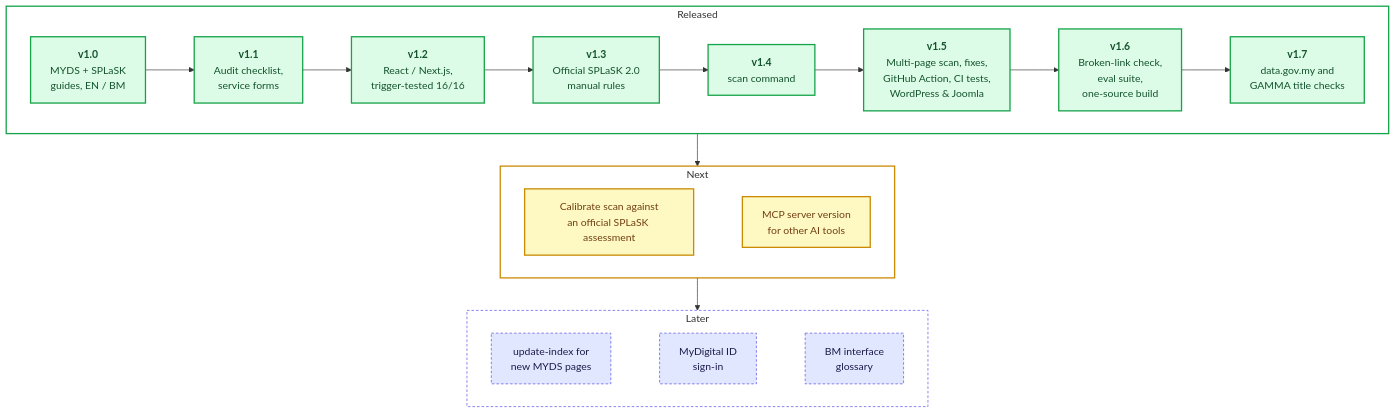
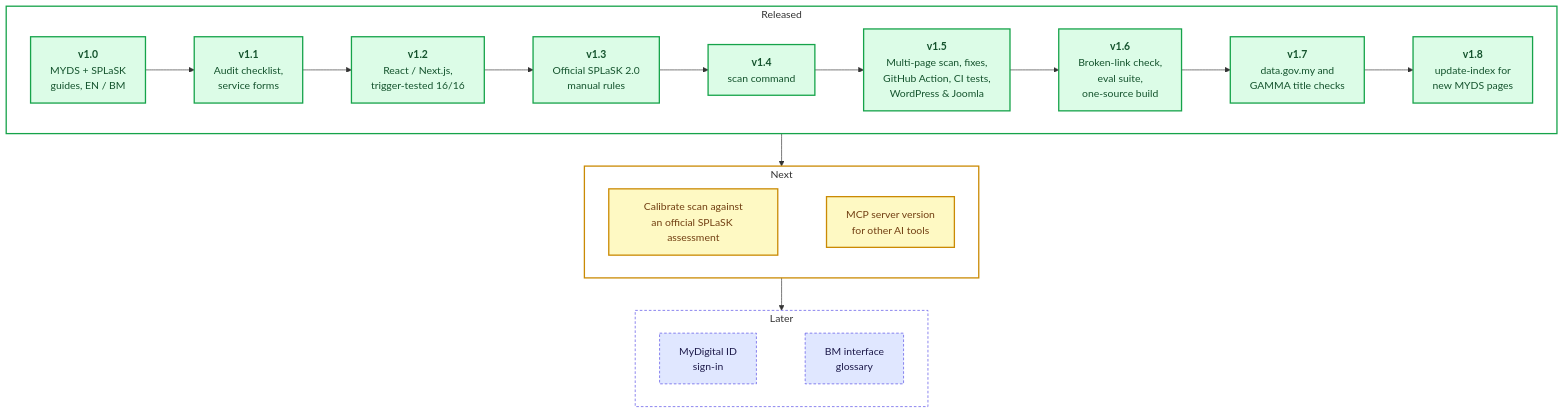
The second of 2 diagrams in README.md (DexComm69/malaysia-gov-web-guidance), drawn with Mermaid before and after one commit. The commit also changed other lines of this file and 9 other files, not shown here.

Commit message:
v1.8.0: update-index command and weekly MYDS index check

````diff
--- a/README.md
+++ b/README.md
@@ -334,42 +335,42 @@
 ```mermaid
 flowchart TB
     subgraph shipped ["Released"]
         direction LR
         v10["<b>v1.0</b><br/>MYDS + SPLaSK<br/>guides, EN / BM"]
         v11["<b>v1.1</b><br/>Audit checklist,<br/>service forms"]
         v12["<b>v1.2</b><br/>React / Next.js,<br/>trigger-tested 16/16"]
         v13["<b>v1.3</b><br/>Official SPLaSK 2.0<br/>manual rules"]
         v14["<b>v1.4</b><br/>scan command"]
         v15["<b>v1.5</b><br/>Multi-page scan, fixes,<br/>GitHub Action, CI tests,<br/>WordPress & Joomla"]
         v16["<b>v1.6</b><br/>Broken-link check,<br/>eval suite,<br/>one-source build"]
         v17["<b>v1.7</b><br/>data.gov.my and<br/>GAMMA title checks"]
-        v10 --> v11 --> v12 --> v13 --> v14 --> v15 --> v16 --> v17
+        v18["<b>v1.8</b><br/>update-index for<br/>new MYDS pages"]
+        v10 --> v11 --> v12 --> v13 --> v14 --> v15 --> v16 --> v17 --> v18
     end
 
     subgraph next ["Next"]
         direction LR
         cal["Calibrate scan against<br/>an official SPLaSK assessment"]
         mcp["MCP server version<br/>for other AI tools"]
         cal ~~~ mcp
     end
 
     subgraph later ["Later"]
         direction LR
-        upd["update-index for<br/>new MYDS pages"]
         idm["MyDigital ID<br/>sign-in"]
         bm["BM interface<br/>glossary"]
-        upd ~~~ idm ~~~ bm
+        idm ~~~ bm
     end
 
     shipped --> next --> later
 
     classDef done fill:#dcfce7,stroke:#16a34a,color:#14532d,stroke-width:2px
     classDef nxt fill:#fef9c3,stroke:#ca8a04,color:#713f12,stroke-width:2px
     classDef plan fill:#e0e7ff,stroke:#4f46e5,color:#1e1b4b,stroke-width:1px,stroke-dasharray:4 3
-    class v10,v11,v12,v13,v14,v15,v16,v17 done
+    class v10,v11,v12,v13,v14,v15,v16,v17,v18 done
     class cal,mcp nxt
-    class upd,idm,bm plan
+    class idm,bm plan
     style shipped fill:transparent,stroke:#16a34a,stroke-width:2px
     style next fill:transparent,stroke:#ca8a04,stroke-width:2px
     style later fill:transparent,stroke:#4f46e5,stroke-width:1px,stroke-dasharray:4 3
 ```
````
